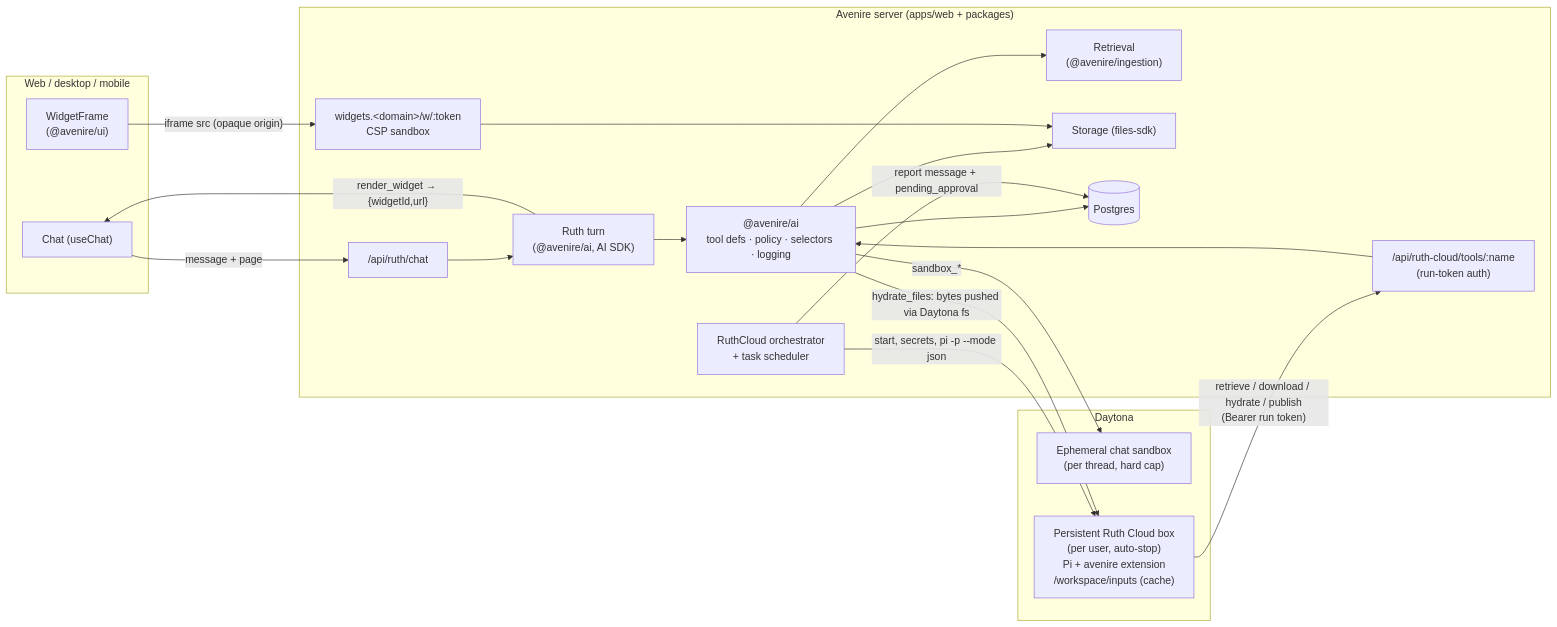
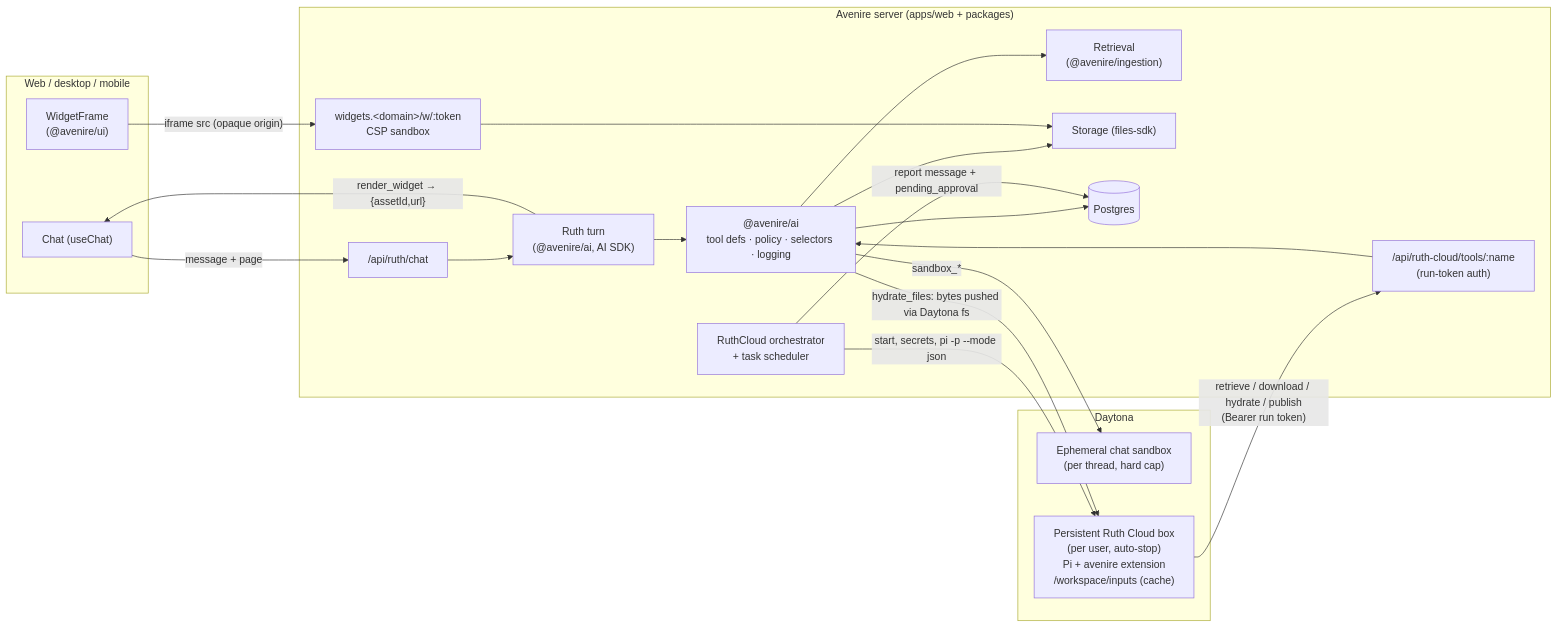
The diagram in docs/design/ruth.md (thedamod/avenire), drawn with Mermaid before and after one commit. The commit also changed other lines of this file and 72 other files, not shown here.

````diff
--- a/docs/design/ruth.md
+++ b/docs/design/ruth.md
@@ -17,36 +17,36 @@
 ```mermaid
 flowchart LR
   subgraph Client["Web / desktop / mobile"]
     Chat["Chat (useChat)"]
     Frame["WidgetFrame<br/>(@avenire/ui)"]
   end
 
   subgraph Server["Avenire server (apps/web + packages)"]
     ChatRoute["/api/ruth/chat"]
     Ruth["Ruth turn<br/>(@avenire/ai, AI SDK)"]
     Kit["@avenire/ai<br/>tool defs · policy · selectors · logging"]
     Gateway["/api/ruth-cloud/tools/:name<br/>(run-token auth)"]
     Cloud["RuthCloud orchestrator<br/>+ task scheduler"]
     Retrieval["Retrieval<br/>(@avenire/ingestion)"]
     Storage["Storage (files-sdk)"]
     DB[("Postgres")]
     WidgetHost["widgets.&lt;domain&gt;/w/:token<br/>CSP sandbox"]
   end
 
   subgraph Daytona
     Eph["Ephemeral chat sandbox<br/>(per thread, hard cap)"]
     Box["Persistent Ruth Cloud box<br/>(per user, auto-stop)<br/>Pi + avenire extension<br/>/workspace/inputs (cache)"]
   end
 
   Chat -- "message + page" --> ChatRoute --> Ruth --> Kit
   Kit -- sandbox_* --> Eph
   Kit --> Retrieval
   Kit --> Storage
   Kit --> DB
-  Ruth -- "render_widget → {widgetId,url}" --> Chat
+  Ruth -- "render_widget → {assetId,url}" --> Chat
   Frame -- "iframe src (opaque origin)" --> WidgetHost --> Storage
   Cloud -- "start, secrets, pi -p --mode json" --> Box
   Box -- "retrieve / download / hydrate / publish<br/>(Bearer run token)" --> Gateway --> Kit
   Kit -- "hydrate_files: bytes pushed via Daytona fs" --> Box
   Cloud -- "report message + pending_approval" --> DB
 ```
````
